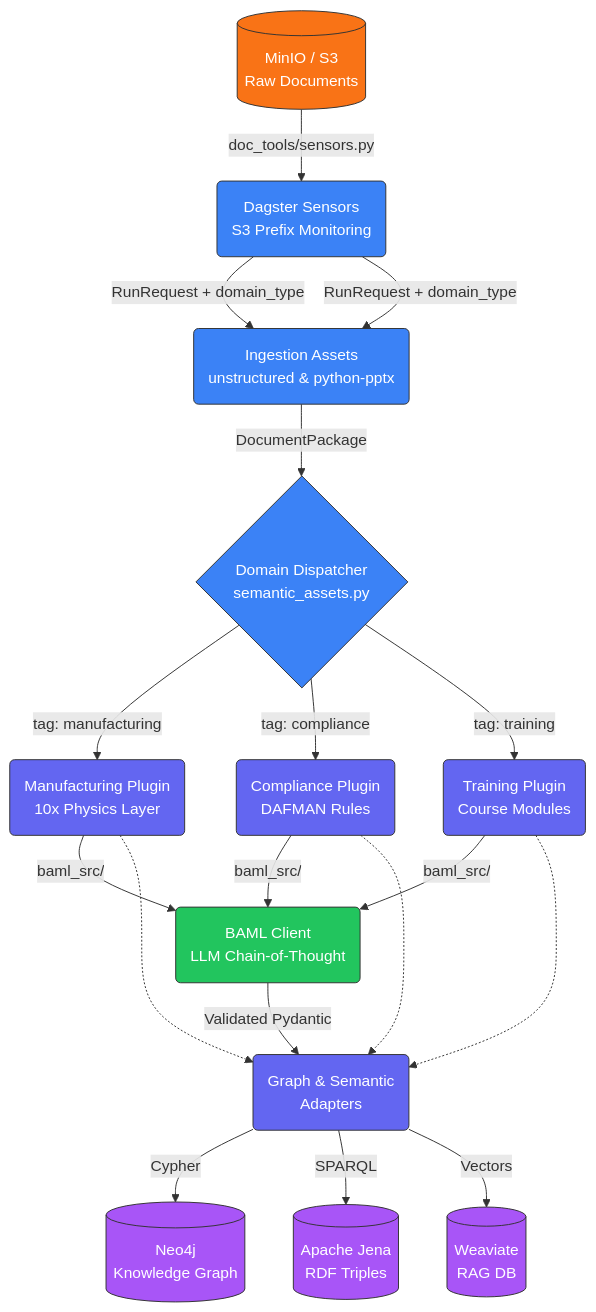
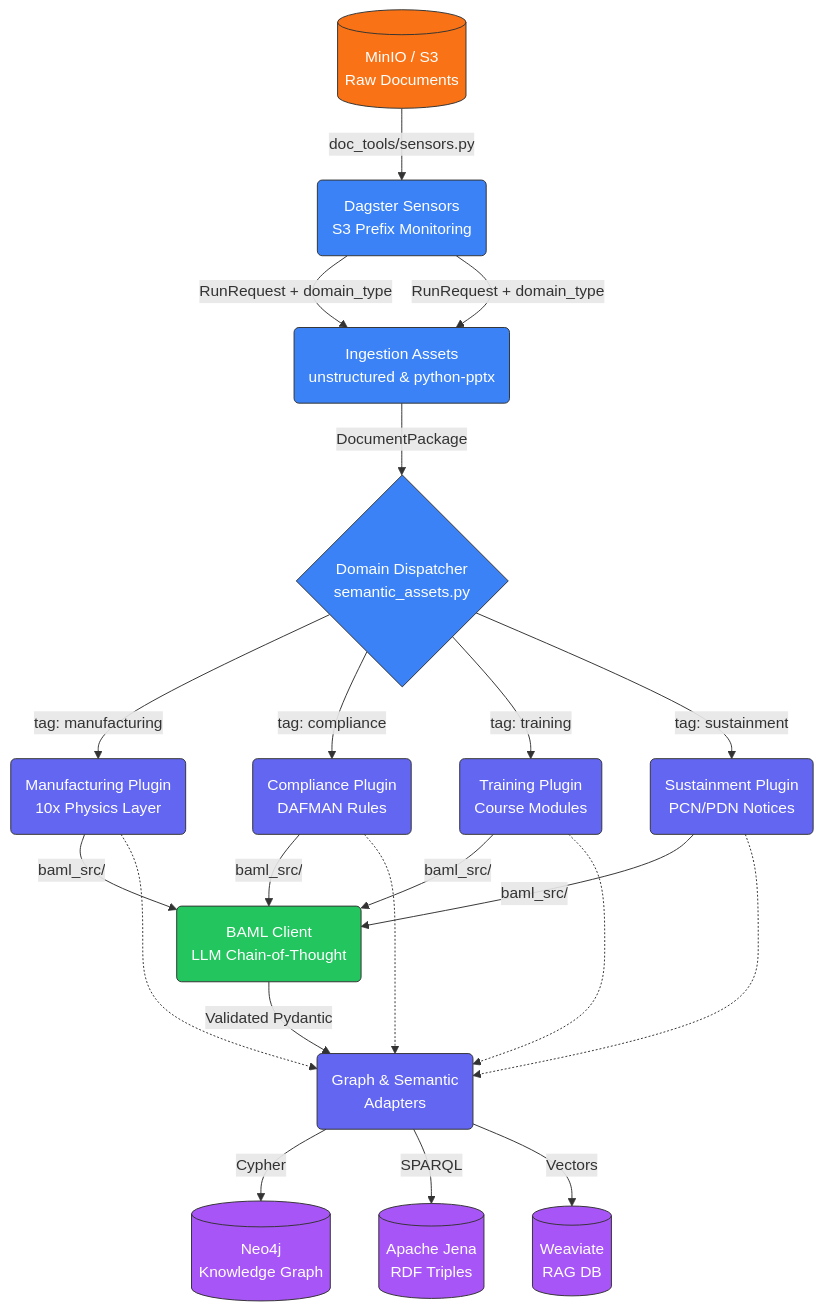
One commit to edgy-solutions/doc-tools changed the first of 2 diagrams in README.md. Above: the diagram before and after it, drawn with Mermaid. The commit also changed other lines of this file and 17 other files, not shown here.

First line of the commit message:
I have successfully implemented the new Sustainment plugin following your recipe, integrating it cleanly into the existing doc-tools architecture.

````diff
--- a/README.md
+++ b/README.md
@@ -7,32 +7,35 @@
 ```mermaid
 graph TD
     %% Define Styles
     classDef storage fill:#f97316,stroke:#333,stroke-width:1px,color:#fff
     classDef dagster fill:#3b82f6,stroke:#333,stroke-width:1px,color:#fff
     classDef llm fill:#22c55e,stroke:#333,stroke-width:1px,color:#fff
     classDef plugin fill:#6366f1,stroke:#333,stroke-width:1px,color:#fff
     classDef db fill:#a855f7,stroke:#333,stroke-width:1px,color:#fff
 
     A[(MinIO / S3 <br> Raw Documents)]:::storage -->|doc_tools/sensors.py| B(Dagster Sensors <br> S3 Prefix Monitoring):::dagster
     B -->|RunRequest + domain_type| C(Ingestion Assets <br> unstructured & python-pptx):::dagster
     B -->|RunRequest + domain_type| C(Ingestion Assets <br> unstructured & python-pptx):::dagster
     C -->|DocumentPackage| D{Domain Dispatcher <br> semantic_assets.py}:::dagster
     
     D -->|tag: manufacturing| E1(Manufacturing Plugin <br> 10x Physics Layer):::plugin
     D -->|tag: compliance| E2(Compliance Plugin <br> DAFMAN Rules):::plugin
     D -->|tag: training| E3(Training Plugin <br> Course Modules):::plugin
+    D -->|tag: sustainment| E4(Sustainment Plugin <br> PCN/PDN Notices):::plugin
     
     E1 -->|baml_src/| F(BAML Client <br> LLM Chain-of-Thought):::llm
     E2 -->|baml_src/| F
     E3 -->|baml_src/| F
+    E4 -->|baml_src/| F
     
     F -->|Validated Pydantic| G(Graph & Semantic <br> Adapters):::plugin
     
     E1 -.-> G
     E2 -.-> G
     E3 -.-> G
+    E4 -.-> G
 
     G -->|Cypher| H1[(Neo4j <br> Knowledge Graph)]:::db
     G -->|SPARQL| H2[(Apache Jena <br> RDF Triples)]:::db
     G -->|Vectors| H3[(Weaviate <br> RAG DB)]:::db
 ```
````
